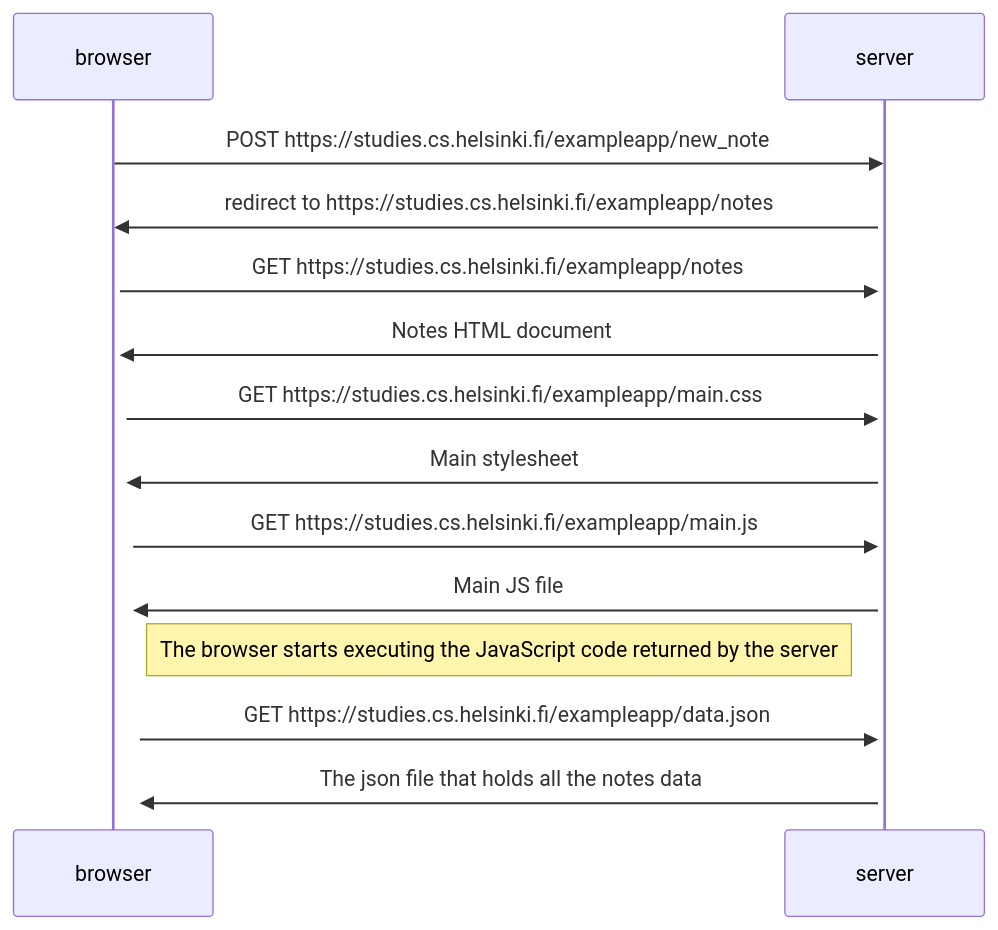
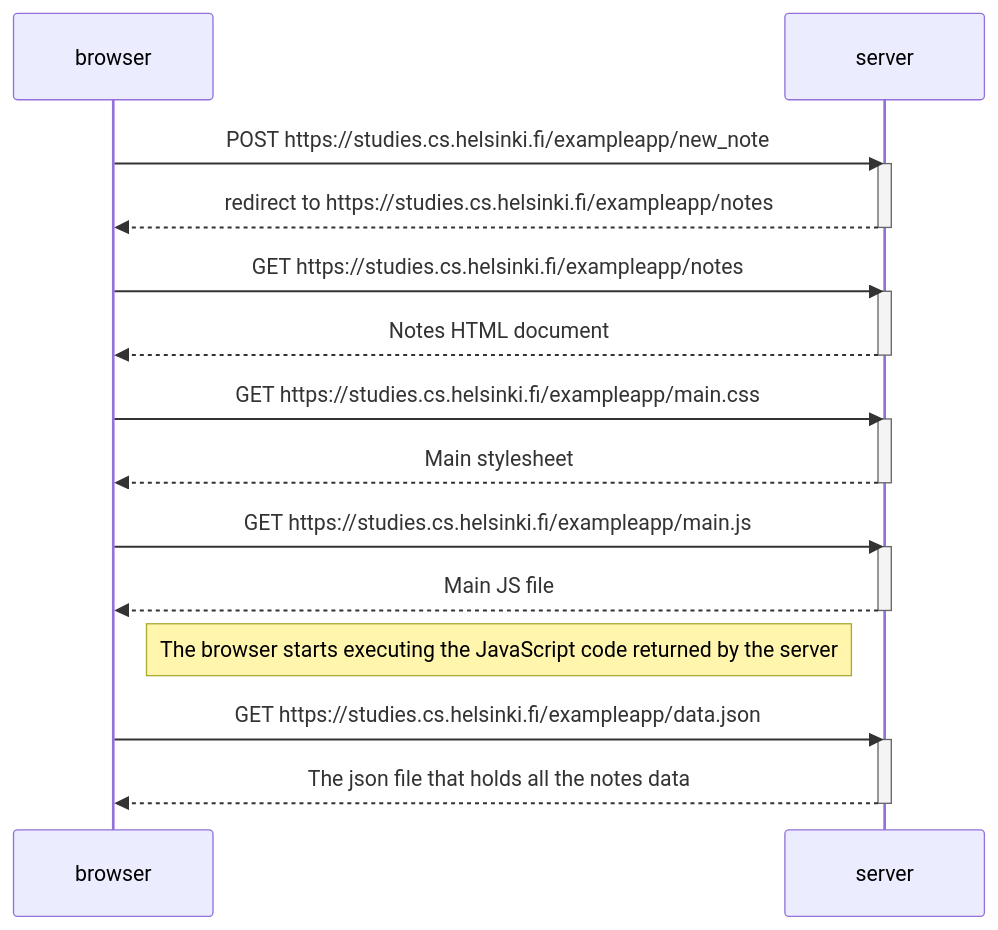
The diagram in part0/newnotediagram.md (ada-ip/fullstackopen), drawn with Mermaid before and after one commit.

````diff
--- a/part0/newnotediagram.md
+++ b/part0/newnotediagram.md
@@ -1,27 +1,27 @@
 ```mermaid
 sequenceDiagram
 participant browser
 participant server
 
 browser ->> server: POST https://studies.cs.helsinki.fi/exampleapp/new_note
 activate server
-server ->> browser: redirect to https://studies.cs.helsinki.fi/exampleapp/notes
-activate browser
+server -->> browser: redirect to https://studies.cs.helsinki.fi/exampleapp/notes
+deactivate server
 browser ->> server: GET https://studies.cs.helsinki.fi/exampleapp/notes
 activate server
-server ->> browser: Notes HTML document
-activate browser
+server -->> browser: Notes HTML document
+deactivate server
 browser ->> server: GET https://studies.cs.helsinki.fi/exampleapp/main.css
 activate server
-server ->> browser: Main stylesheet
-activate browser
+server -->> browser: Main stylesheet
+deactivate server
 browser ->> server: GET https://studies.cs.helsinki.fi/exampleapp/main.js
 activate server
-server ->> browser: Main JS file
-activate browser
+server -->> browser: Main JS file
+deactivate server
 Note right of browser: The browser starts executing the JavaScript code returned by the server
 browser ->> server: GET https://studies.cs.helsinki.fi/exampleapp/data.json
 activate server
-server ->> browser: The json file that holds all the notes data
-activate browser
+server -->> browser: The json file that holds all the notes data
+deactivate server
 ```
````
